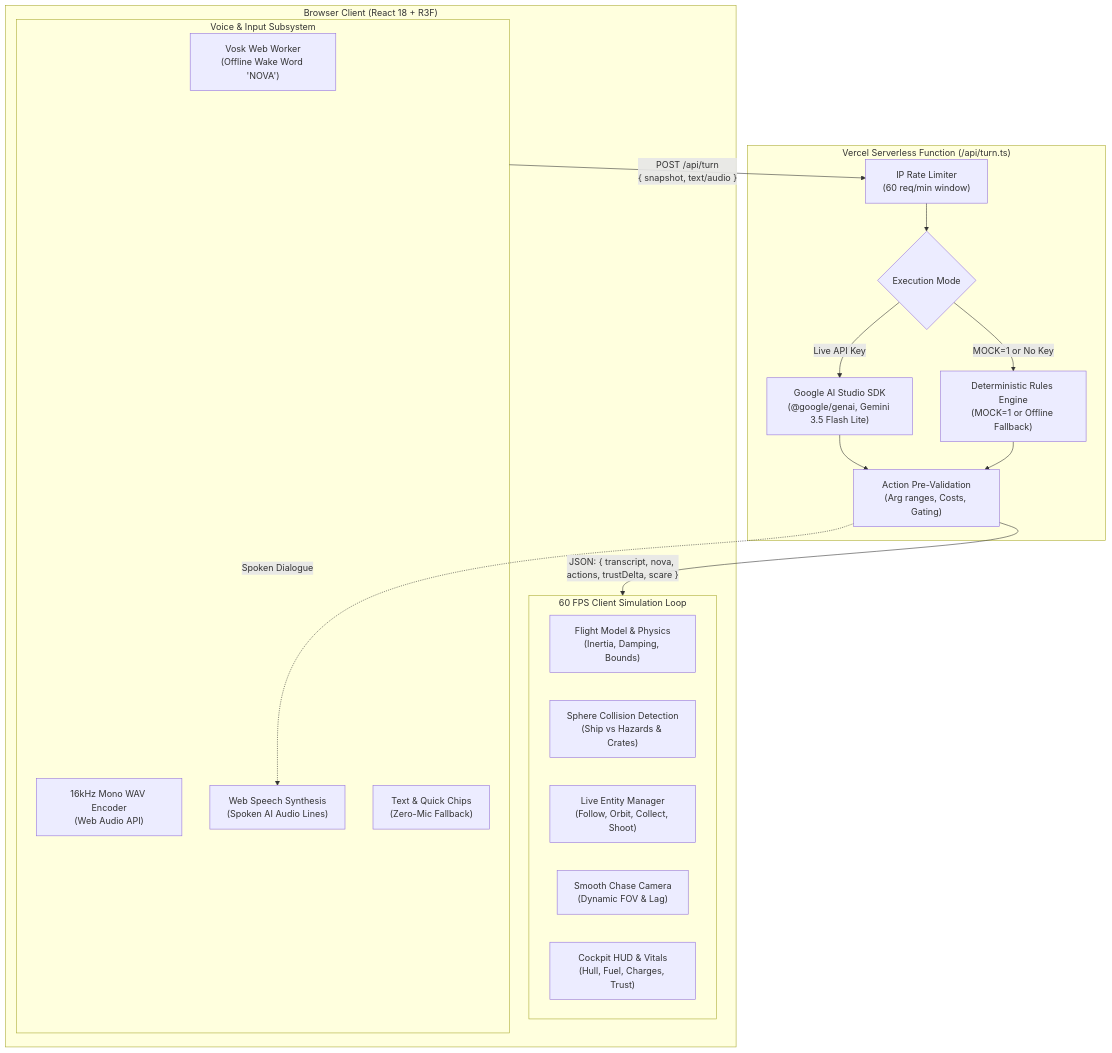
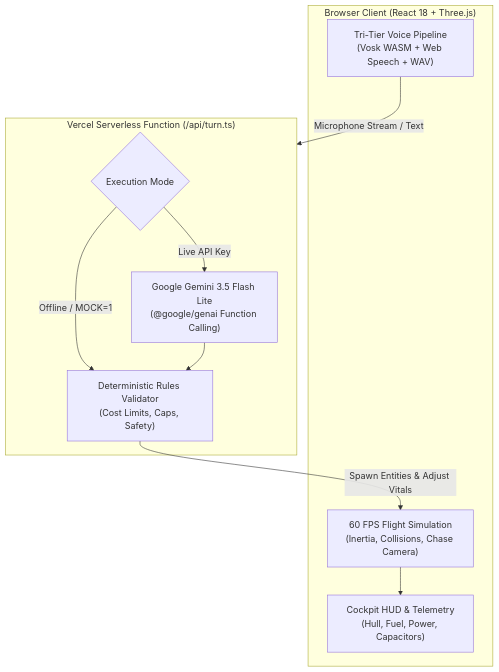
Before and after one commit to NASA-Space-Apps-Challenge-Pew-Pew/Space-Mission-Design-Game-Pew-Pew-: the diagram in README.md, drawn with Mermaid. The commit also changed other lines of this file, not shown here.

````diff
--- a/README.md
+++ b/README.md
@@ -188,36 +135,21 @@
 ```mermaid
-graph TB
-    subgraph Client["Browser Client (React 18 + R3F)"]
-        subgraph RealTimeLoop["60 FPS Client Simulation Loop"]
-            Physics["Flight Model & Physics\n(Inertia, Damping, Bounds)"]
-            Collision["Sphere Collision Detection\n(Ship vs Hazards & Crates)"]
-            EntityMgr["Live Entity Manager\n(Follow, Orbit, Collect, Shoot)"]
-            ChaseCam["Smooth Chase Camera\n(Dynamic FOV & Lag)"]
-            HUDView["Cockpit HUD & Vitals\n(Hull, Fuel, Charges, Trust)"]
-        end
-
-        subgraph VoiceSubsystem["Voice & Input Subsystem"]
-            LocalVosk["Vosk Web Worker\n(Offline Wake Word 'NOVA')"]
-            WavEncoder["16kHz Mono WAV Encoder\n(Web Audio API)"]
-            SpeechSynth["Web Speech Synthesis\n(Spoken AI Audio Lines)"]
-            CommandBar["Text & Quick Chips\n(Zero-Mic Fallback)"]
-        end
+flowchart TD
+    subgraph Client["Browser Client (React 18 + Three.js)"]
+        FlightLoop["60 FPS Flight Simulation\n(Inertia, Collisions, Chase Camera)"]
+        HUD["Cockpit HUD & Telemetry\n(Hull, Fuel, Power, Capacitors)"]
+        VoiceInput["Tri-Tier Voice Pipeline\n(Vosk WASM + Web Speech + WAV)"]
     end
 
     subgraph Backend["Vercel Serverless Function (/api/turn.ts)"]
-        RateLimit["IP Rate Limiter\n(60 req/min window)"]
-        TurnRouter{"Execution Mode"}
-        MockEngine["Deterministic Rules Engine\n(MOCK=1 or Offline Fallback)"]
-        GeminiClient["Google AI Studio SDK\n(@google/genai, Gemini 3.5 Flash Lite)"]
-        ActionValidator["Action Pre-Validation\n(Arg ranges, Costs, Gating)"]
+        Router{"Execution Mode"}
+        GeminiEngine["Google Gemini 3.5 Flash Lite\n(@google/genai Function Calling)"]
+        RulesEngine["Deterministic Rules Validator\n(Cost Limits, Caps, Safety)"]
     end
 
-    VoiceSubsystem -->|"POST /api/turn\n{ snapshot, text/audio }"| RateLimit
-    RateLimit --> TurnRouter
-    TurnRouter -->|"MOCK=1 or No Key"| MockEngine
-    TurnRouter -->|"Live API Key"| GeminiClient
-    GeminiClient --> ActionValidator
-    MockEngine --> ActionValidator
-    ActionValidator -->|"JSON: { transcript, nova, actions, trustDelta, scare }"| RealTimeLoop
-    ActionValidator -.->|"Spoken Dialogue"| SpeechSynth
+    VoiceInput -->|"Microphone Stream / Text"| Backend
+    Router -->|"Live API Key"| GeminiEngine
+    Router -->|"Offline / MOCK=1"| RulesEngine
+    GeminiEngine --> RulesEngine
+    RulesEngine -->|"Spawn Entities & Adjust Vitals"| FlightLoop
+    FlightLoop --> HUD
 ```
````
